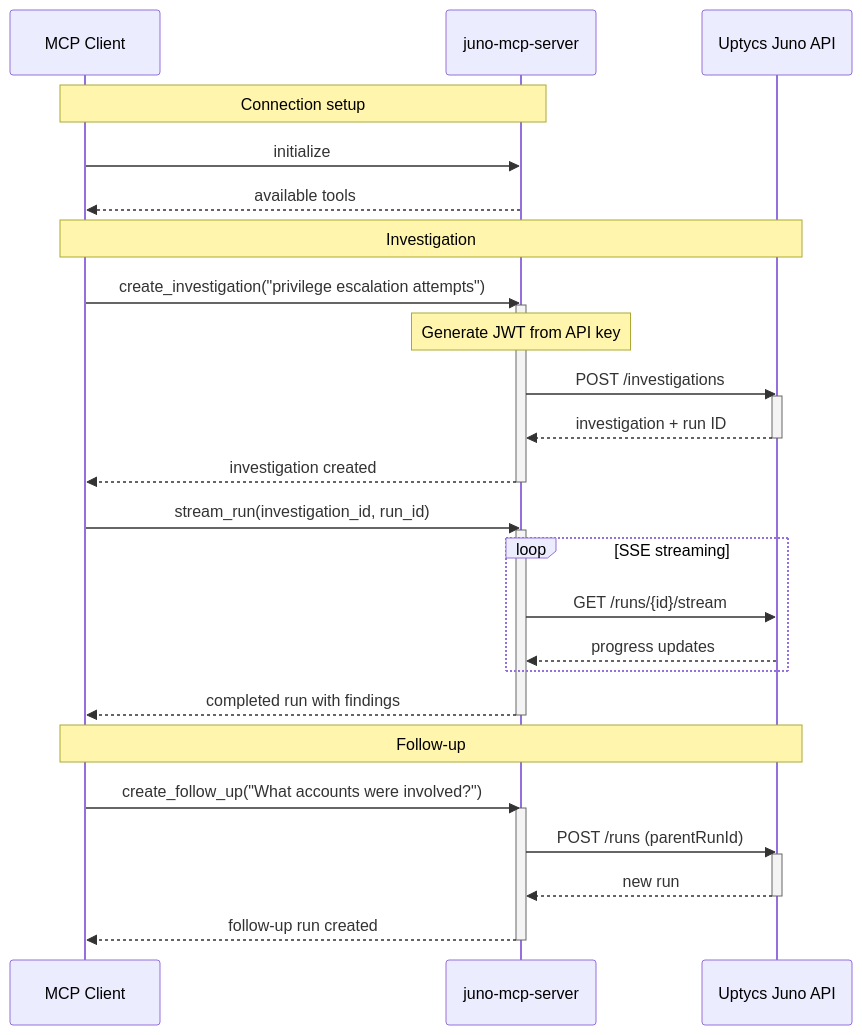
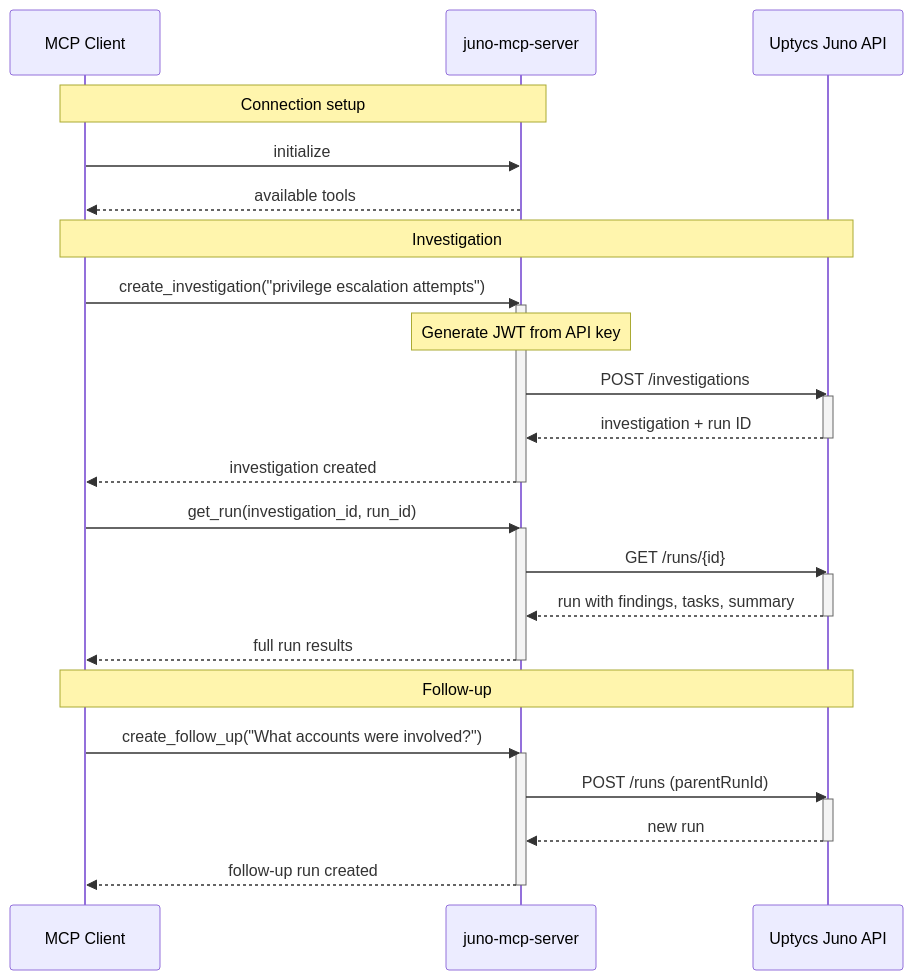
The second of 2 diagrams in README.md (uptycslabs/juno-mcp-server), drawn with Mermaid before and after one commit. The commit also changed other lines of this file and 4 other files, not shown here.

````diff
--- a/README.md
+++ b/README.md
@@ -32,40 +32,40 @@
 ```mermaid
 sequenceDiagram
     participant Client as MCP Client
     participant Server as juno-mcp-server
     participant Juno as Uptycs Juno API
 
     Note over Client,Server: Connection setup
     Client->>Server: initialize
     Server-->>Client: available tools
 
     Note over Client,Juno: Investigation
     Client->>Server: create_investigation("privilege escalation attempts")
     activate Server
     Note over Server: Generate JWT from API key
     Server->>Juno: POST /investigations
     activate Juno
     Juno-->>Server: investigation + run ID
     deactivate Juno
     Server-->>Client: investigation created
     deactivate Server
 
-    Client->>Server: stream_run(investigation_id, run_id)
+    Client->>Server: get_run(investigation_id, run_id)
     activate Server
-    loop SSE streaming
-        Server->>Juno: GET /runs/{id}/stream
-        Juno-->>Server: progress updates
-    end
-    Server-->>Client: completed run with findings
+    Server->>Juno: GET /runs/{id}
+    activate Juno
+    Juno-->>Server: run with findings, tasks, summary
+    deactivate Juno
+    Server-->>Client: full run results
     deactivate Server
 
     Note over Client,Juno: Follow-up
     Client->>Server: create_follow_up("What accounts were involved?")
     activate Server
     Server->>Juno: POST /runs (parentRunId)
     activate Juno
     Juno-->>Server: new run
     deactivate Juno
     Server-->>Client: follow-up run created
     deactivate Server
 ```
````
